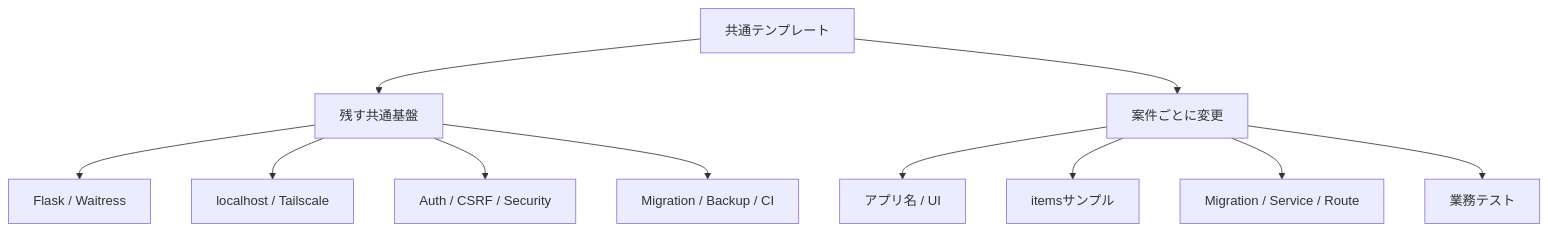
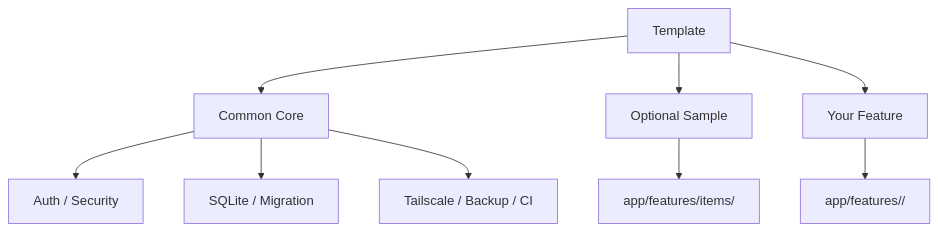
Before and after one commit to k-systems202208/python-sqlite-tailscale-webapp-template: the first of 4 diagrams in docs/CUSTOMIZING.md, drawn with Mermaid. The commit also changed other lines of this file and 26 other files, not shown here.

````diff
--- a/docs/CUSTOMIZING.md
+++ b/docs/CUSTOMIZING.md
@@ -9,13 +9,11 @@
 ```mermaid
 flowchart TD
-    T["共通テンプレート"] --> K["残す共通基盤"]
-    T --> C["案件ごとに変更"]
-    K --> K1["Flask / Waitress"]
-    K --> K2["localhost / Tailscale"]
-    K --> K3["Auth / CSRF / Security"]
-    K --> K4["Migration / Backup / CI"]
-    C --> C1["アプリ名 / UI"]
-    C --> C2["itemsサンプル"]
-    C --> C3["Migration / Service / Route"]
-    C --> C4["業務テスト"]
+    T["Template"] --> C["Common Core"]
+    T --> S["Optional Sample"]
+    T --> N["Your Feature"]
+    C --> C1["Auth / Security"]
+    C --> C2["SQLite / Migration"]
+    C --> C3["Tailscale / Backup / CI"]
+    S --> S1["app/features/items/"]
+    N --> N1["app/features/<feature>/"]
 ```
````
